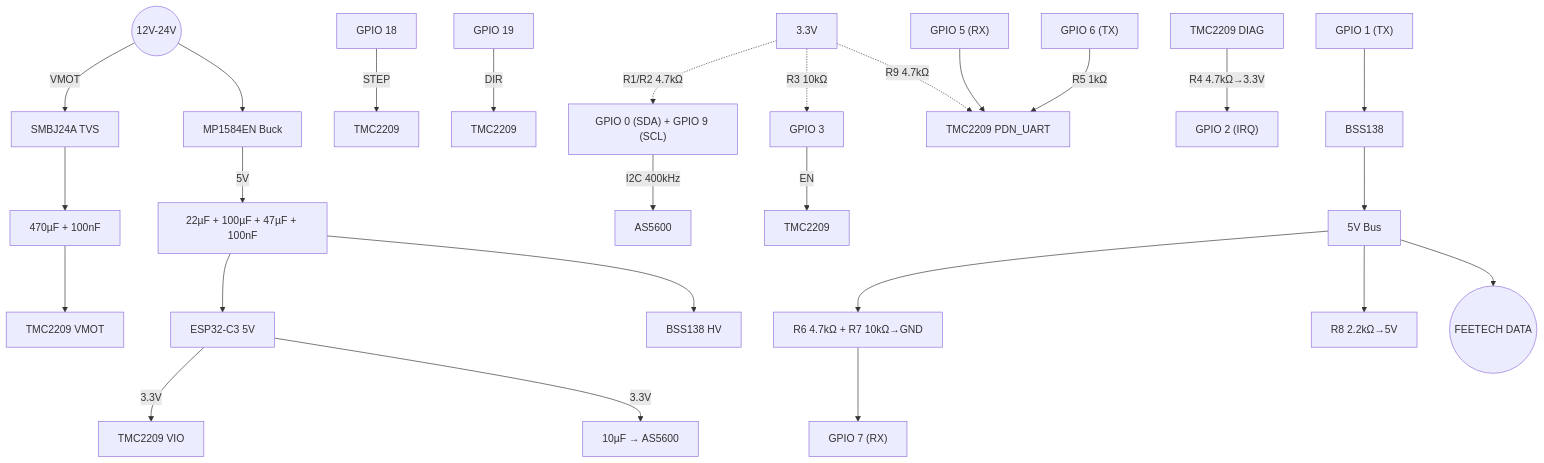
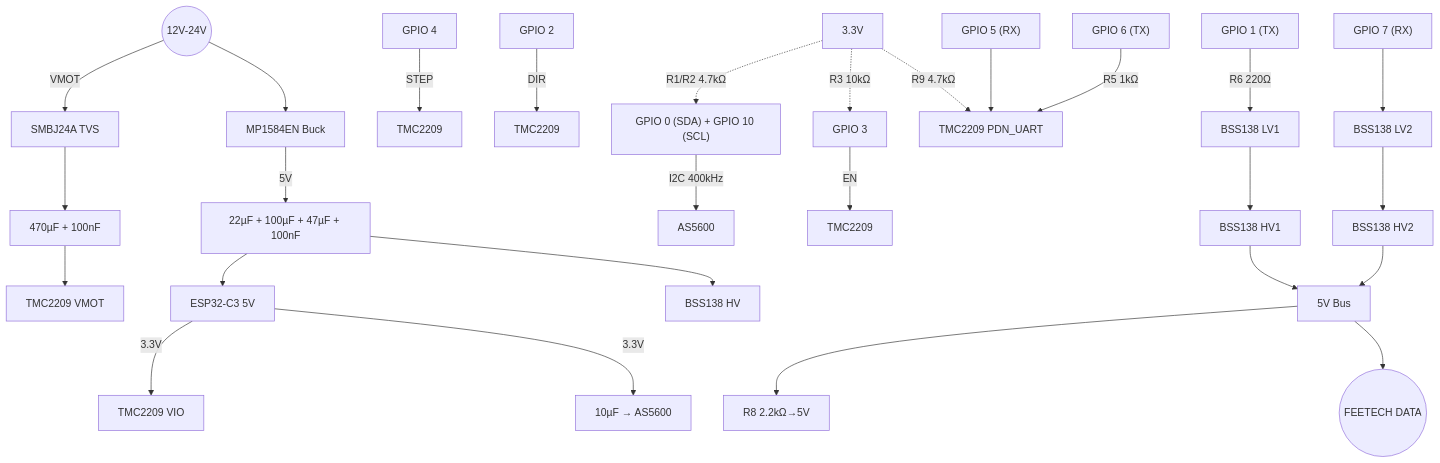
The diagram in docs/01_PCB_Wiring_Schematic.md (pfeifferandreas1985-create/SmartServoStepperV2), drawn with Mermaid before and after one commit. The commit also changed other lines of this file, not shown here.

Commit message:
docs: Update PCB wiring schematic to perfectly match .ino firmware pinout (STEP=4, DIR=2, SCL=10, Feetech Level Shifter)

````diff
--- a/docs/01_PCB_Wiring_Schematic.md
+++ b/docs/01_PCB_Wiring_Schematic.md
@@ -127,40 +123,40 @@
 ```mermaid
 graph TD
     %% Power
     PSU((12V-24V)) -->|VMOT| TVS[SMBJ24A TVS]
     TVS --> C_VMOT[470µF + 100nF]
     C_VMOT --> TMC_VM[TMC2209 VMOT]
     PSU --> BUCK[MP1584EN Buck]
     BUCK -->|5V| C_5V[22µF + 100µF + 47µF + 100nF]
     C_5V --> ESP[ESP32-C3 5V]
     C_5V --> SHIFT[BSS138 HV]
 
     %% 3.3V
     ESP -->|3.3V| TMC_VIO[TMC2209 VIO]
     ESP -->|3.3V| C_AS[10µF → AS5600]
 
     %% I2C
-    ESP_I2C["GPIO 0 (SDA) + GPIO 9 (SCL)"] -->|I2C 400kHz| AS5600
+    ESP_I2C["GPIO 0 (SDA) + GPIO 10 (SCL)"] -->|I2C 400kHz| AS5600
     3V3[3.3V] -.->|R1/R2 4.7kΩ| ESP_I2C
 
     %% TMC Control
-    ESP18["GPIO 18"] -->|STEP| TMC_STEP[TMC2209]
-    ESP19["GPIO 19"] -->|DIR| TMC_DIR[TMC2209]
+    ESP4["GPIO 4"] -->|STEP| TMC_STEP[TMC2209]
+    ESP2["GPIO 2"] -->|DIR| TMC_DIR[TMC2209]
     ESP3["GPIO 3"] -->|EN| TMC_EN[TMC2209]
     3V3 -.->|R3 10kΩ| ESP3
 
     %% TMC UART (Two-Wire Strategy)
     ESP5["GPIO 5 (RX)"] --> TMC_UART["TMC2209 PDN_UART"]
     ESP6["GPIO 6 (TX)"] -->|R5 1kΩ| TMC_UART
     3V3 -.->|R9 4.7kΩ| TMC_UART
 
-    %% TMC DIAG
-    TMC_DIAG["TMC2209 DIAG"] -->|R4 4.7kΩ→3.3V| ESP2["GPIO 2 (IRQ)"]
-
     %% Feetech Bus
-    ESP1["GPIO 1 (TX)"] --> SHIFT_TX["BSS138"] --> BUS_5V["5V Bus"]
-    BUS_5V --> DIVIDER["R6 4.7kΩ + R7 10kΩ→GND"]
-    DIVIDER --> ESP7["GPIO 7 (RX)"]
+    ESP1["GPIO 1 (TX)"] -->|R6 220Ω| SHIFT_LV1["BSS138 LV1"]
+    ESP7["GPIO 7 (RX)"] --> SHIFT_LV2["BSS138 LV2"]
+    SHIFT_LV1 --> SHIFT_HV1["BSS138 HV1"]
+    SHIFT_LV2 --> SHIFT_HV2["BSS138 HV2"]
+    SHIFT_HV1 --> BUS_5V["5V Bus"]
+    SHIFT_HV2 --> BUS_5V
     BUS_5V --> R8["R8 2.2kΩ→5V"]
     BUS_5V --> FEETECH((FEETECH DATA))
 ```
````
